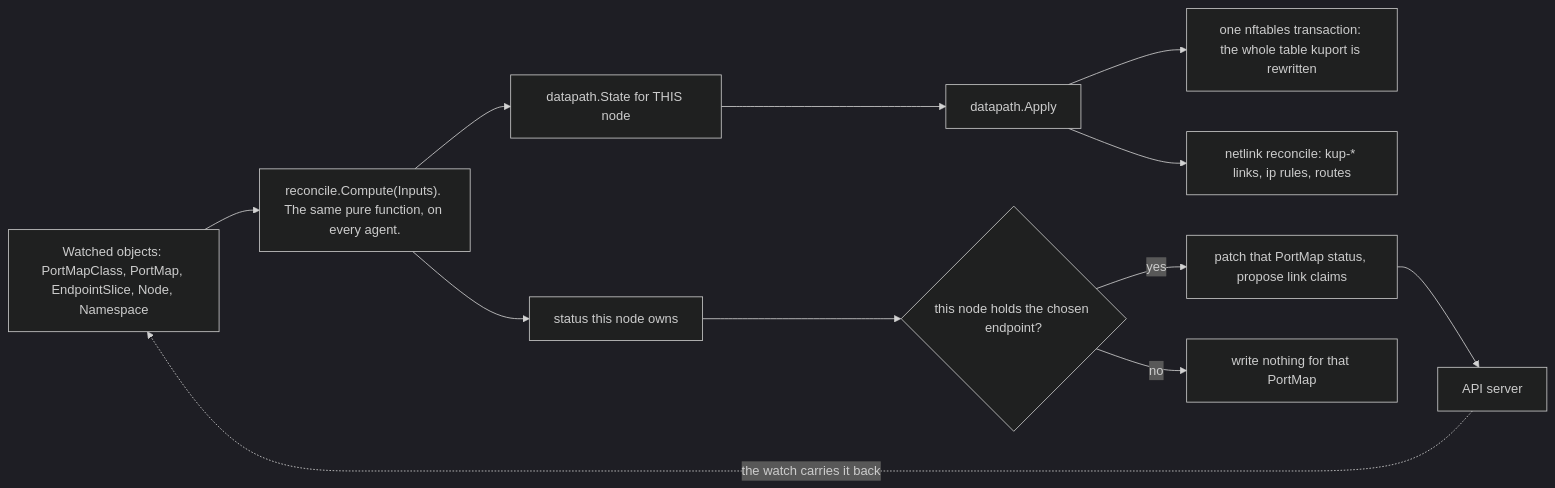
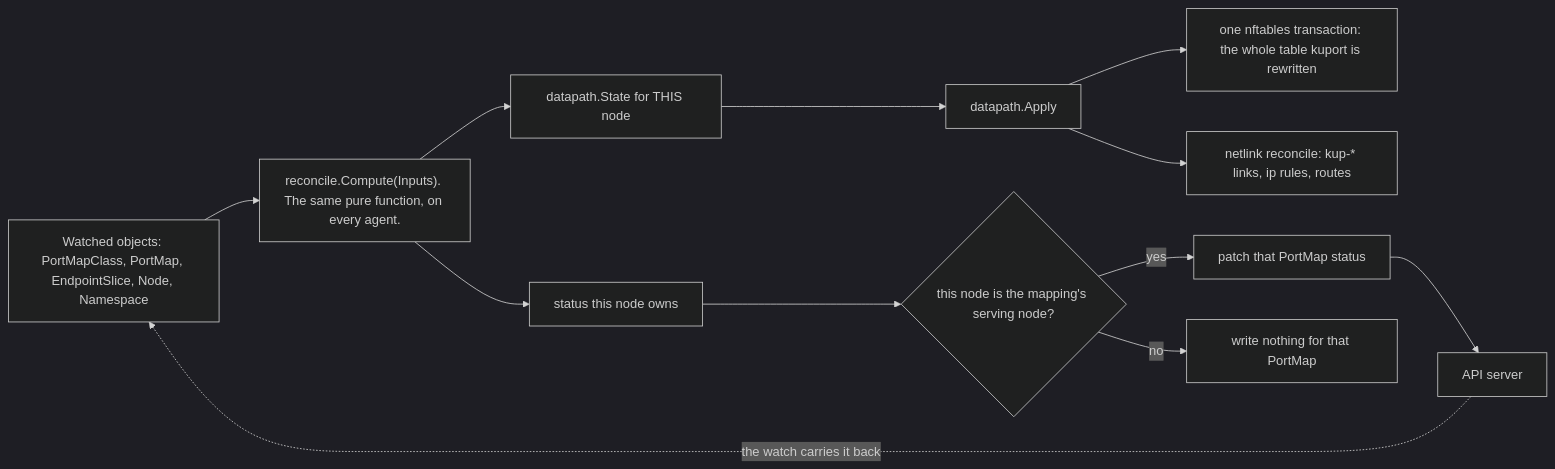
The first of 5 diagrams in docs/spec.md (walzen-group/kuport), drawn with Mermaid (dark theme) before and after one commit. The commit also changed other lines of this file and 7 other files, not shown here.

````diff
--- a/docs/spec.md
+++ b/docs/spec.md
@@ -264,14 +266,14 @@
 ```mermaid
 flowchart LR
     W["Watched objects: PortMapClass, PortMap, EndpointSlice, Node, Namespace"] --> C["reconcile.Compute(Inputs). The same pure function, on every agent."]
     C --> ST["datapath.State for THIS node"]
     C --> SU["status this node owns"]
     ST --> AP["datapath.Apply"]
     AP --> NFT["one nftables transaction: the whole table kuport is rewritten"]
     AP --> NL["netlink reconcile: kup-* links, ip rules, routes"]
-    SU --> OWN{"this node holds the chosen endpoint?"}
-    OWN -- yes --> PW["patch that PortMap status, propose link claims"]
+    SU --> OWN{"this node is the mapping's serving node?"}
+    OWN -- yes --> PW["patch that PortMap status"]
     OWN -- no --> SKIP["write nothing for that PortMap"]
     PW --> API["API server"]
     API -. "the watch carries it back" .-> W
 ```
````
